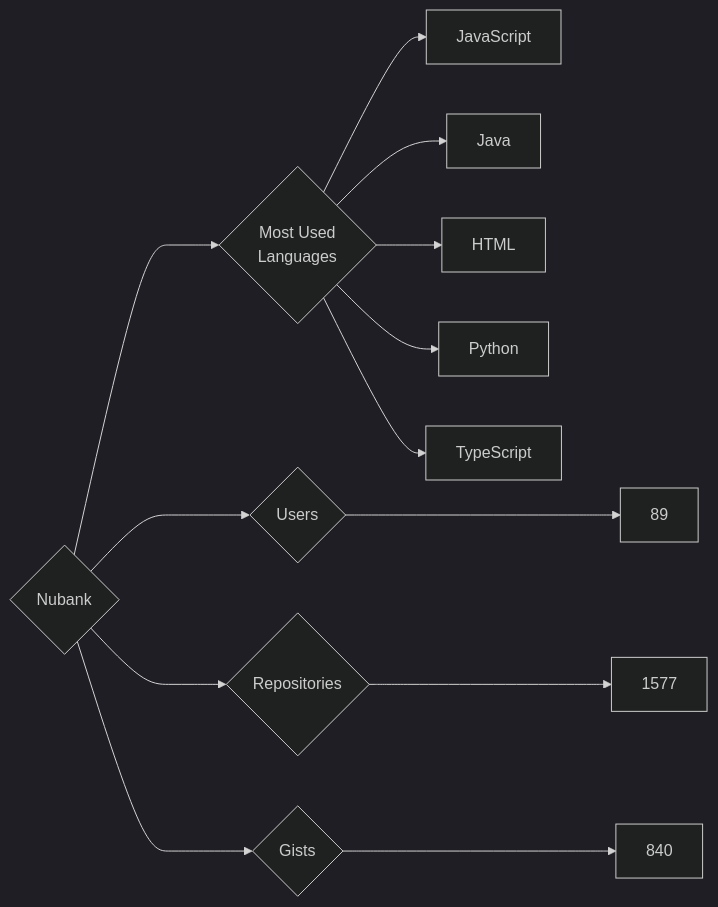
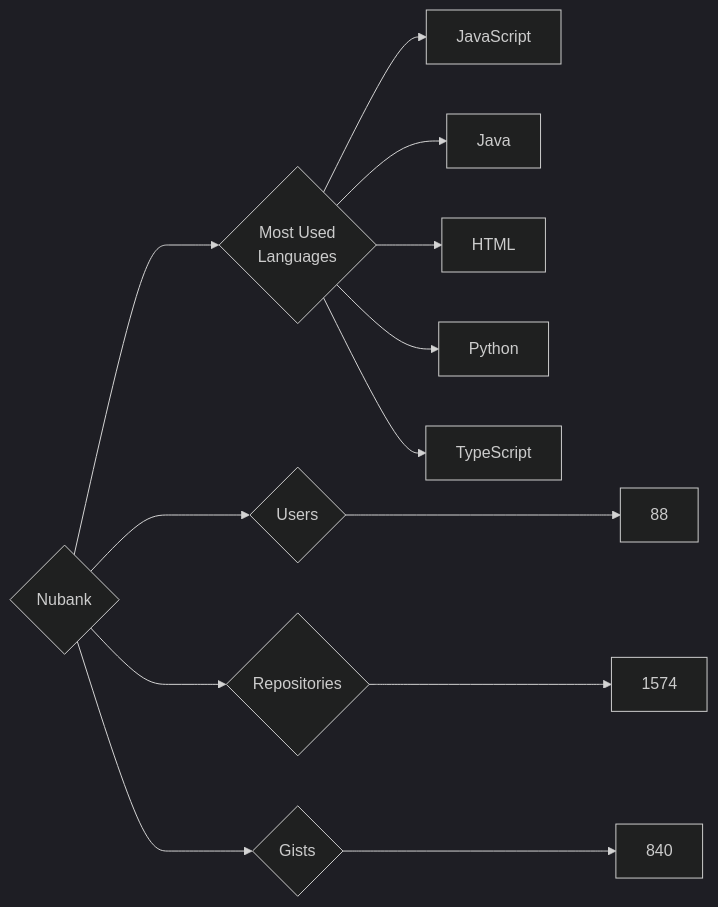
Before and after one commit to trickest/insiders: the diagram in targets/Nubank/README.md, drawn with Mermaid (dark theme). The commit also changed 677 other files, not shown here.

````diff
--- a/targets/Nubank/README.md
+++ b/targets/Nubank/README.md
@@ -3,13 +3,13 @@
 ```mermaid
 graph LR
 COMPANY_NAME{Nubank}
-COMPANY_NAME ---> U{Users} ---> UN[89]
-COMPANY_NAME ---> R{Repositories} ---> RN[1577]
+COMPANY_NAME ---> U{Users} ---> UN[88]
+COMPANY_NAME ---> R{Repositories} ---> RN[1574]
 COMPANY_NAME ---> G{Gists} ---> GN[840]
 COMPANY_NAME ---> ML{Most Used<br>Languages}
 ML --> JavaScript[JavaScript]
 ML --> Java[Java]
 ML --> HTML[HTML]
 ML --> Python[Python]
 ML --> TypeScript[TypeScript]
 ```
````
